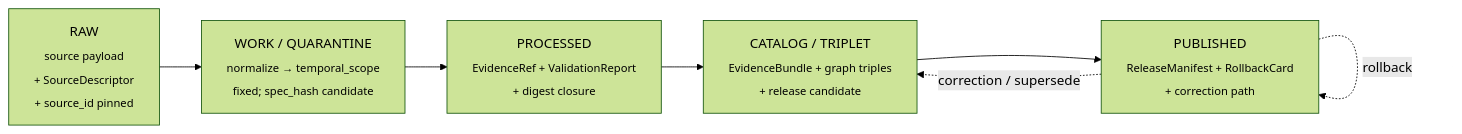
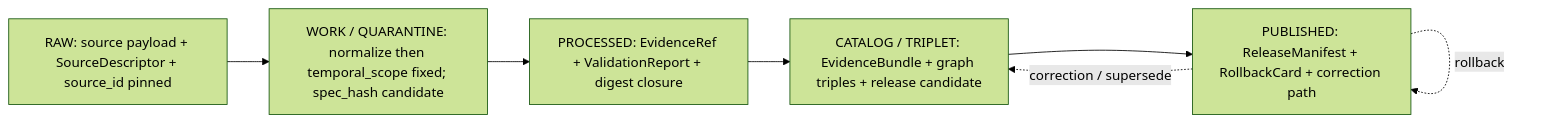
One commit to bartytime4life/Kansas-Frontier-Matrix changed the third of 4 diagrams in docs/domains/geology/IDENTITY_MODEL.md. Above: the diagram before and after it, drawn with Mermaid (forest theme). The commit also changed other lines of this file, not shown here.

````diff
--- a/docs/domains/geology/IDENTITY_MODEL.md
+++ b/docs/domains/geology/IDENTITY_MODEL.md
@@ -411,11 +428,11 @@
 ```mermaid
 flowchart LR
-    RAW["RAW<br/><sub>source payload<br/>+ SourceDescriptor<br/>+ source_id pinned</sub>"]
-    WORK["WORK / QUARANTINE<br/><sub>normalize → temporal_scope<br/>fixed; spec_hash candidate</sub>"]
-    PROC["PROCESSED<br/><sub>EvidenceRef + ValidationReport<br/>+ digest closure</sub>"]
-    CAT["CATALOG / TRIPLET<br/><sub>EvidenceBundle + graph triples<br/>+ release candidate</sub>"]
-    PUB["PUBLISHED<br/><sub>ReleaseManifest + RollbackCard<br/>+ correction path</sub>"]
+    RAW["RAW: source payload + SourceDescriptor + source_id pinned"]
+    WORK["WORK / QUARANTINE: normalize then temporal_scope fixed; spec_hash candidate"]
+    PROC["PROCESSED: EvidenceRef + ValidationReport + digest closure"]
+    CAT["CATALOG / TRIPLET: EvidenceBundle + graph triples + release candidate"]
+    PUB["PUBLISHED: ReleaseManifest + RollbackCard + correction path"]
     RAW --> WORK --> PROC --> CAT --> PUB
     PUB -. "correction / supersede" .-> CAT
     PUB -. "rollback" .-> PUB
 ```
````
